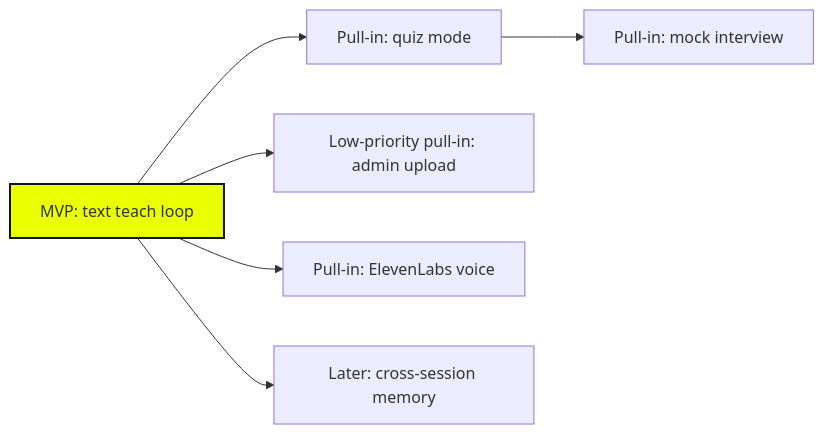
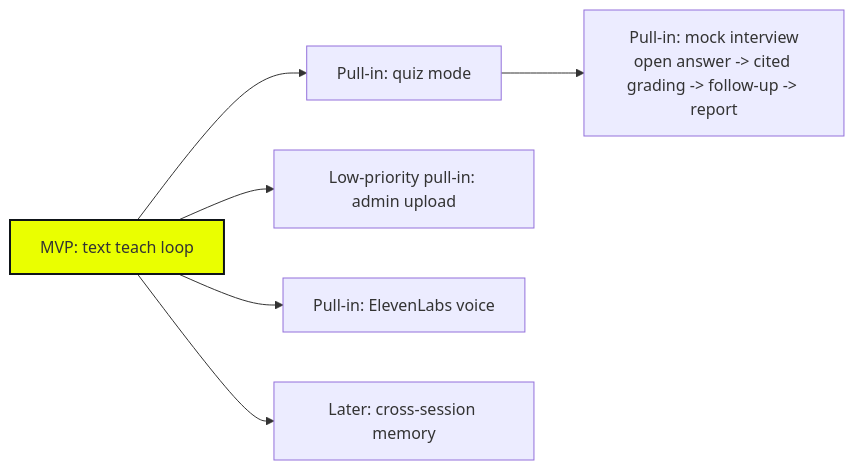
Before and after one commit to manjunath84/genacademy-coach: the seventh of 7 diagrams in docs/architecture-diagrams.md, drawn with Mermaid. The commit also changed other lines of this file and 6 other files, not shown here.

Commit message:
docs: clarify track lens and interview pull-in

````diff
--- a/docs/architecture-diagrams.md
+++ b/docs/architecture-diagrams.md
@@ -198,11 +201,11 @@
 ```mermaid
 flowchart LR
     MVP["MVP: text teach loop"]
     MVP --> Quiz["Pull-in: quiz mode"]
-    Quiz --> Interview["Pull-in: mock interview"]
+    Quiz --> Interview["Pull-in: mock interview\nopen answer -> cited grading -> follow-up -> report"]
     MVP --> Admin["Low-priority pull-in: admin upload"]
     MVP --> Voice["Pull-in: ElevenLabs voice"]
     MVP --> Memory["Later: cross-session memory"]
 
     style MVP fill:#EAFF00,stroke:#0F1419,stroke-width:2px
 ```
````
